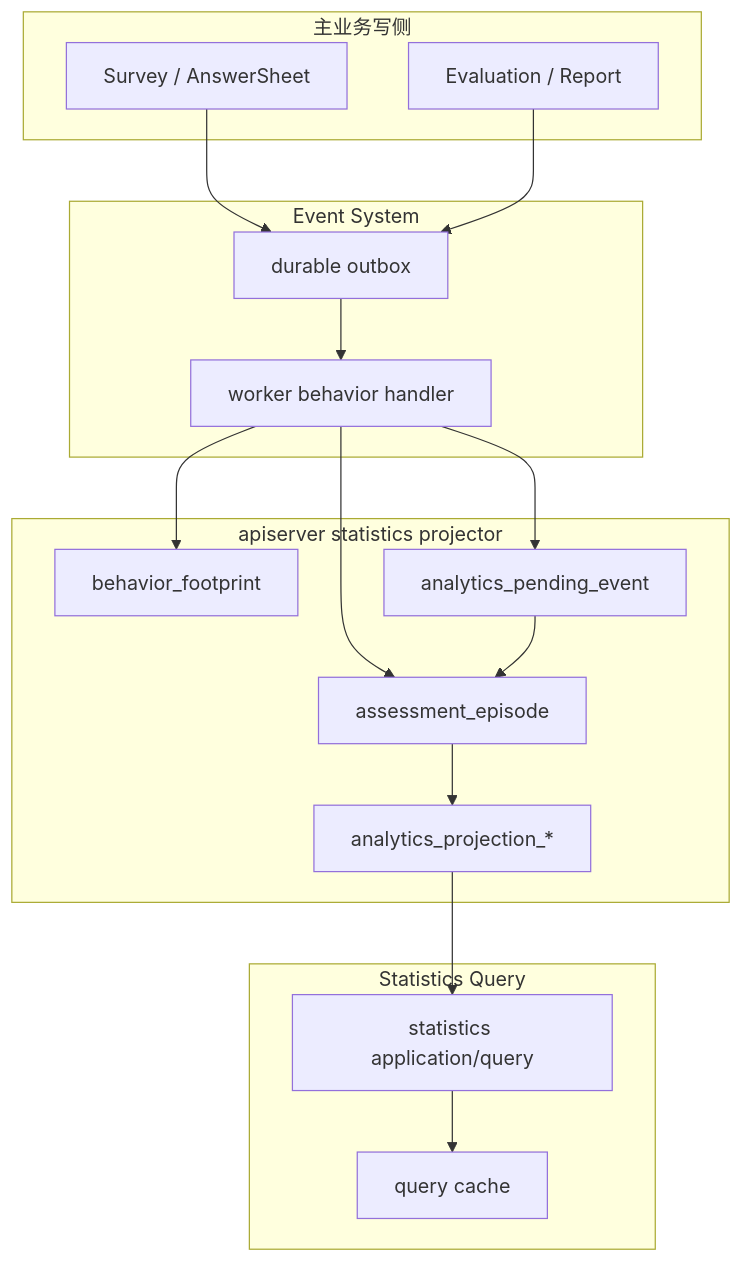
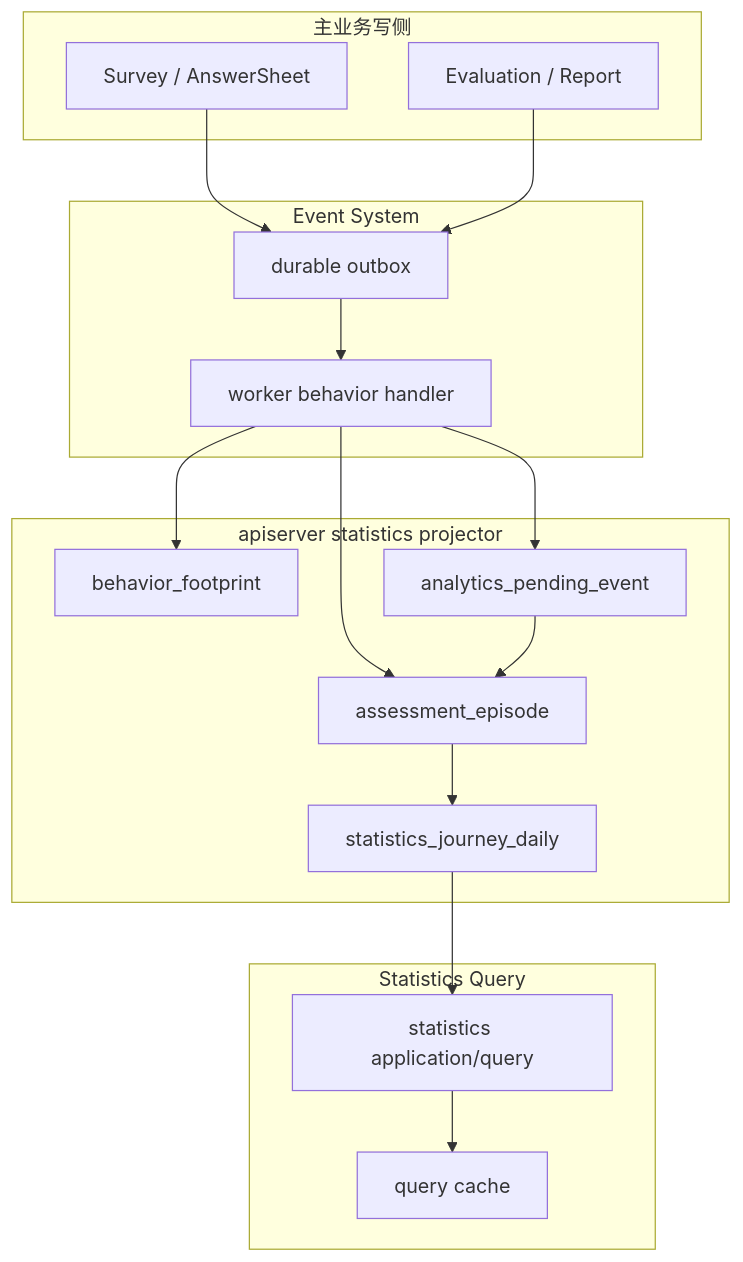
One commit to FangcunMount/qs-server changed the second of 3 diagrams in docs/05-专题分析/behavior-projection/00-整体模型.md. Above: the diagram before and after it, drawn with Mermaid. The commit also changed other lines of this file and 28 other files, not shown here.

````diff
--- a/docs/05-专题分析/behavior-projection/00-整体模型.md
+++ b/docs/05-专题分析/behavior-projection/00-整体模型.md
@@ -44,32 +44,32 @@
 ```mermaid
 flowchart TB
     subgraph WriteSide["主业务写侧"]
         survey["Survey / AnswerSheet"]
         eval["Evaluation / Report"]
     end
     subgraph EventLayer["Event System"]
         outbox["durable outbox"]
         worker["worker behavior handler"]
     end
     subgraph Projection["apiserver statistics projector"]
         footprint["behavior_footprint"]
         episode["assessment_episode"]
         pending["analytics_pending_event"]
-        projection["analytics_projection_*"]
+        projection["statistics_journey_daily"]
     end
     subgraph QuerySide["Statistics Query"]
         api["statistics application/query"]
         cache["query cache"]
     end
 
     survey --> outbox
     eval --> outbox
     outbox --> worker
     worker --> footprint
     worker --> episode
     worker --> pending
     episode --> projection
     pending --> episode
     projection --> api
     api --> cache
 ```
````
